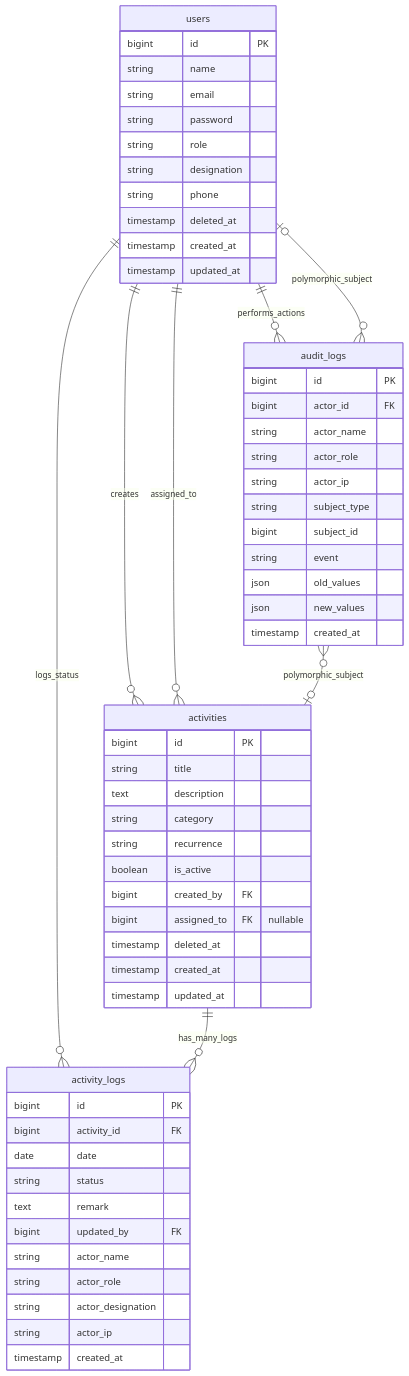
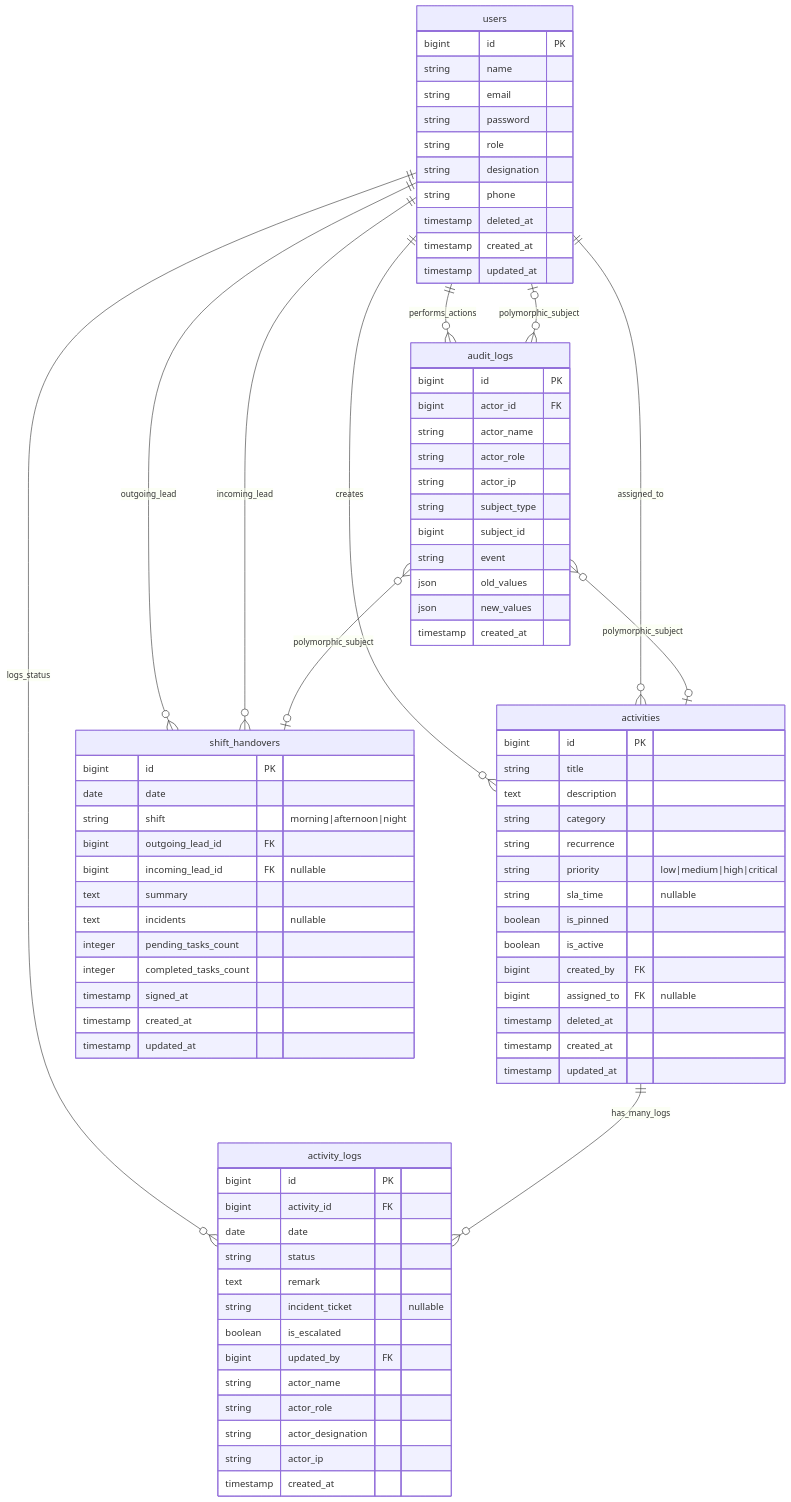
Before and after one commit to mhiskall282/npontu-technologies-sre: the first of 10 diagrams in docs/architecture.md, drawn with Mermaid. The commit also changed other lines of this file and 24 other files, not shown here.

Commit message:
feat(sre): enterprise shift handover briefings, priority SLAs, incident escalation, and bulk delegation

```diff
--- a/docs/architecture.md
+++ b/docs/architecture.md
@@ -16,11 +16,14 @@
     users ||--o{ activities : "assigned_to"
     users ||--o{ activity_logs : "logs_status"
     users ||--o{ audit_logs : "performs_actions"
+    users ||--o{ shift_handovers : "outgoing_lead"
+    users ||--o{ shift_handovers : "incoming_lead"
 
     activities ||--o{ activity_logs : "has_many_logs"
 
     audit_logs }o--o| activities : "polymorphic_subject"
     audit_logs }o--o| users : "polymorphic_subject"
+    audit_logs }o--o| shift_handovers : "polymorphic_subject"
 
     users {
         bigint id PK
@@ -41,6 +44,9 @@
         text description
         string category
         string recurrence
+        string priority "low|medium|high|critical"
+        string sla_time "nullable"
+        boolean is_pinned
         boolean is_active
         bigint created_by FK
         bigint assigned_to FK "nullable"
@@ -55,12 +61,29 @@
         date date
         string status
         text remark
+        string incident_ticket "nullable"
+        boolean is_escalated
         bigint updated_by FK
         string actor_name
         string actor_role
         string actor_designation
         string actor_ip
         timestamp created_at
+    }
+
+    shift_handovers {
+        bigint id PK
+        date date
+        string shift "morning|afternoon|night"
+        bigint outgoing_lead_id FK
+        bigint incoming_lead_id FK "nullable"
+        text summary
+        text incidents "nullable"
+        integer pending_tasks_count
+        integer completed_tasks_count
+        timestamp signed_at
+        timestamp created_at
+        timestamp updated_at
     }
 
     audit_logs {
```
